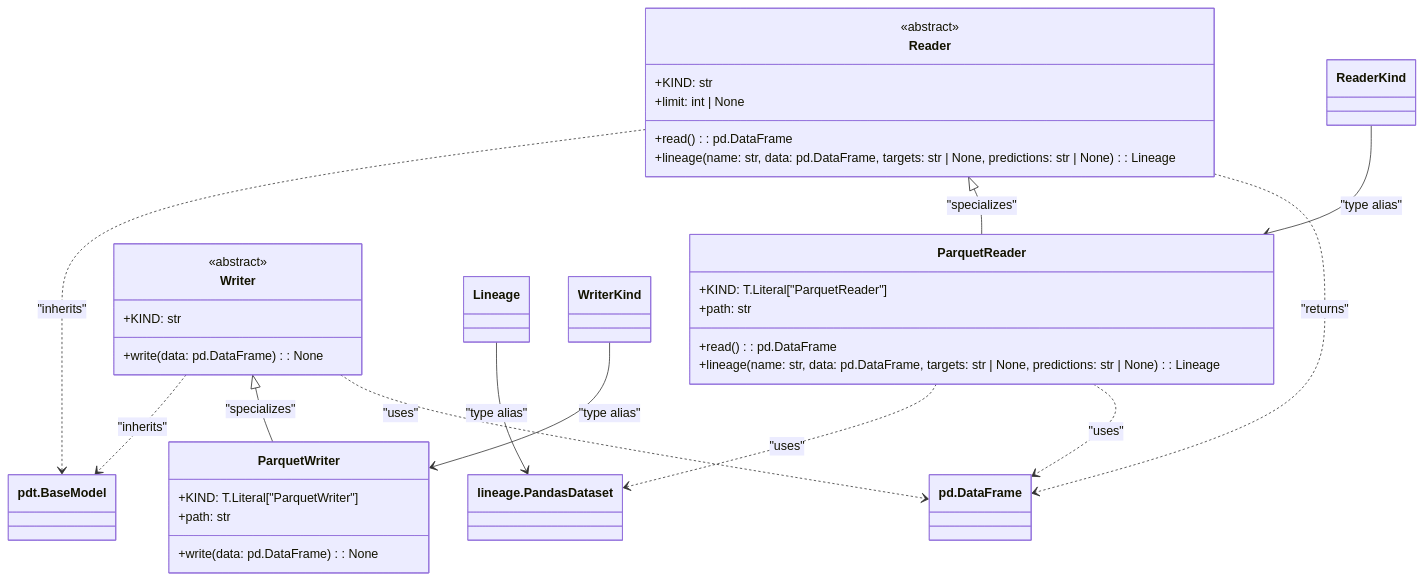
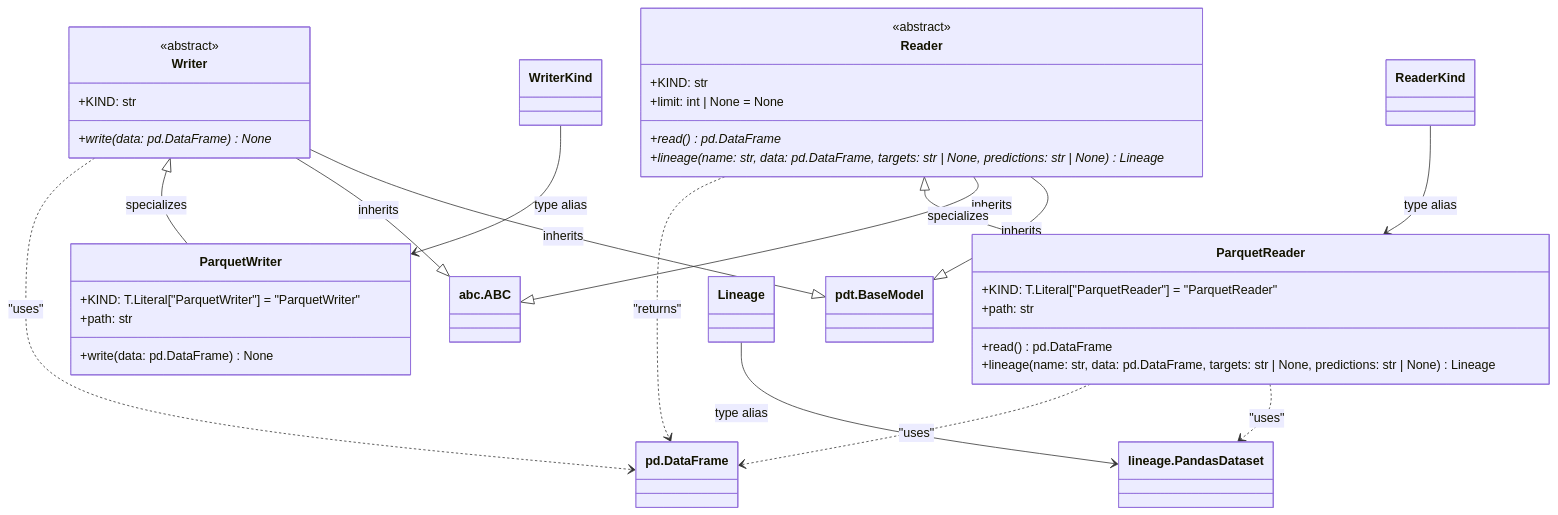
The diagram in Documents/Datasets_stories.md (lgcorzo/mlops-python-package), drawn with Mermaid before and after one commit. The commit also changed other lines of this file and 21 other files, not shown here.

````diff
--- a/Documents/Datasets_stories.md
+++ b/Documents/Datasets_stories.md
@@ -29,49 +29,51 @@
 ```mermaid
 classDiagram
     %% Base Class: Reader
     class Reader {
         <<abstract>>
         +KIND: str
-        +limit: int | None
-        +read(): pd.DataFrame
-        +lineage(name: str, data: pd.DataFrame, targets: str | None, predictions: str | None): Lineage
+        +limit: int | None = None
+        +read() pd.DataFrame*
+        +lineage(name: str, data: pd.DataFrame, targets: str | None, predictions: str | None) Lineage*
     }
-    Reader ..> pdt.BaseModel : "inherits"
+    Reader --|> pdt.BaseModel : inherits
+    Reader --|> abc.ABC : inherits
 
     %% ParquetReader Class
     class ParquetReader {
-        +KIND: T.Literal["ParquetReader"]
+        +KIND: T.Literal["ParquetReader"] = "ParquetReader"
         +path: str
-        +read(): pd.DataFrame
-        +lineage(name: str, data: pd.DataFrame, targets: str | None, predictions: str | None): Lineage
+        +read() pd.DataFrame
+        +lineage(name: str, data: pd.DataFrame, targets: str | None, predictions: str | None) Lineage
     }
-    Reader <|-- ParquetReader : "specializes"
+    Reader <|-- ParquetReader : specializes
 
     %% Base Class: Writer
     class Writer {
         <<abstract>>
         +KIND: str
-        +write(data: pd.DataFrame): None
+        +write(data: pd.DataFrame) None*
     }
-    Writer ..> pdt.BaseModel : "inherits"
+    Writer --|> pdt.BaseModel : inherits
+    Writer --|> abc.ABC : inherits
 
     %% ParquetWriter Class
     class ParquetWriter {
-        +KIND: T.Literal["ParquetWriter"]
+        +KIND: T.Literal["ParquetWriter"] = "ParquetWriter"
         +path: str
-        +write(data: pd.DataFrame): None
+        +write(data: pd.DataFrame) None
     }
-    Writer <|-- ParquetWriter : "specializes"
+    Writer <|-- ParquetWriter : specializes
 
     %% Aliases
-    Lineage --> lineage.PandasDataset : "type alias"
-    ReaderKind --> ParquetReader : "type alias"
-    WriterKind --> ParquetWriter : "type alias"
+    Lineage --> lineage.PandasDataset : type alias
+    ReaderKind --> ParquetReader : type alias
+    WriterKind --> ParquetWriter : type alias
 
     %% Relationships
     Reader ..> pd.DataFrame : "returns"
     Writer ..> pd.DataFrame : "uses"
     ParquetReader ..> lineage.PandasDataset : "uses"
     ParquetReader ..> pd.DataFrame : "uses"
 
 ```
````
